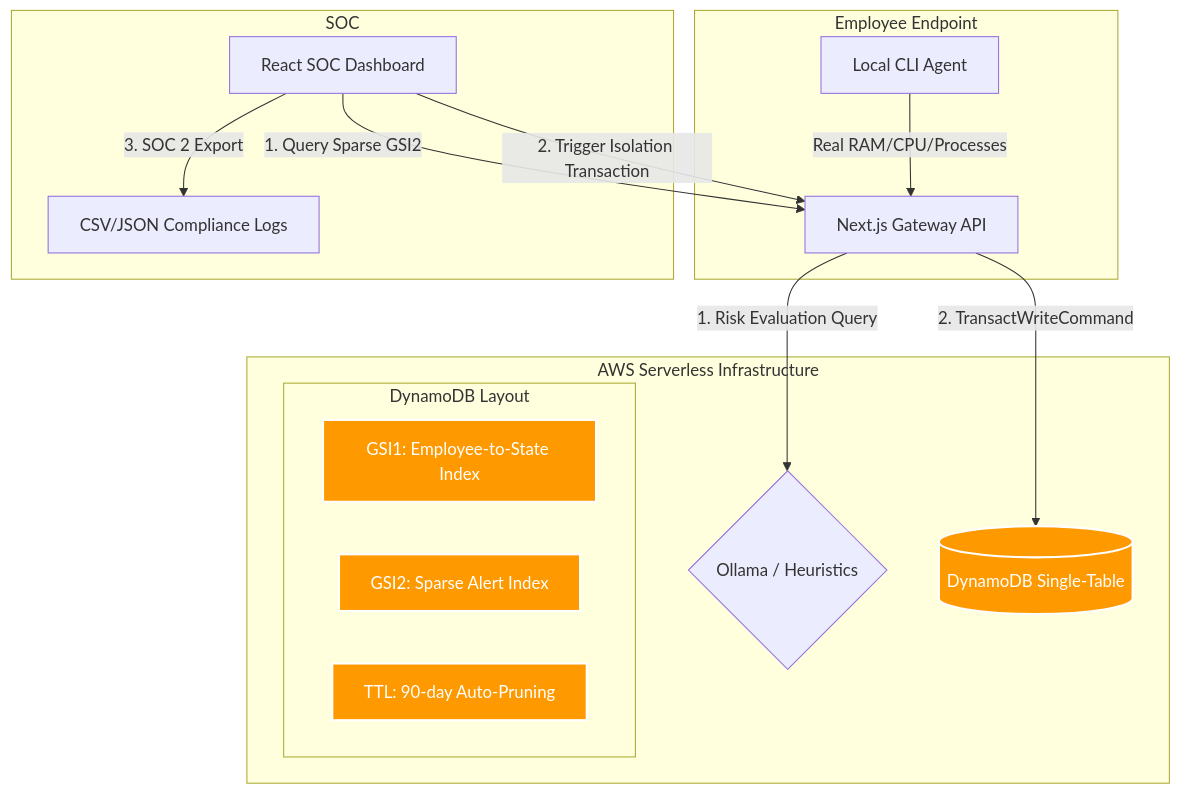
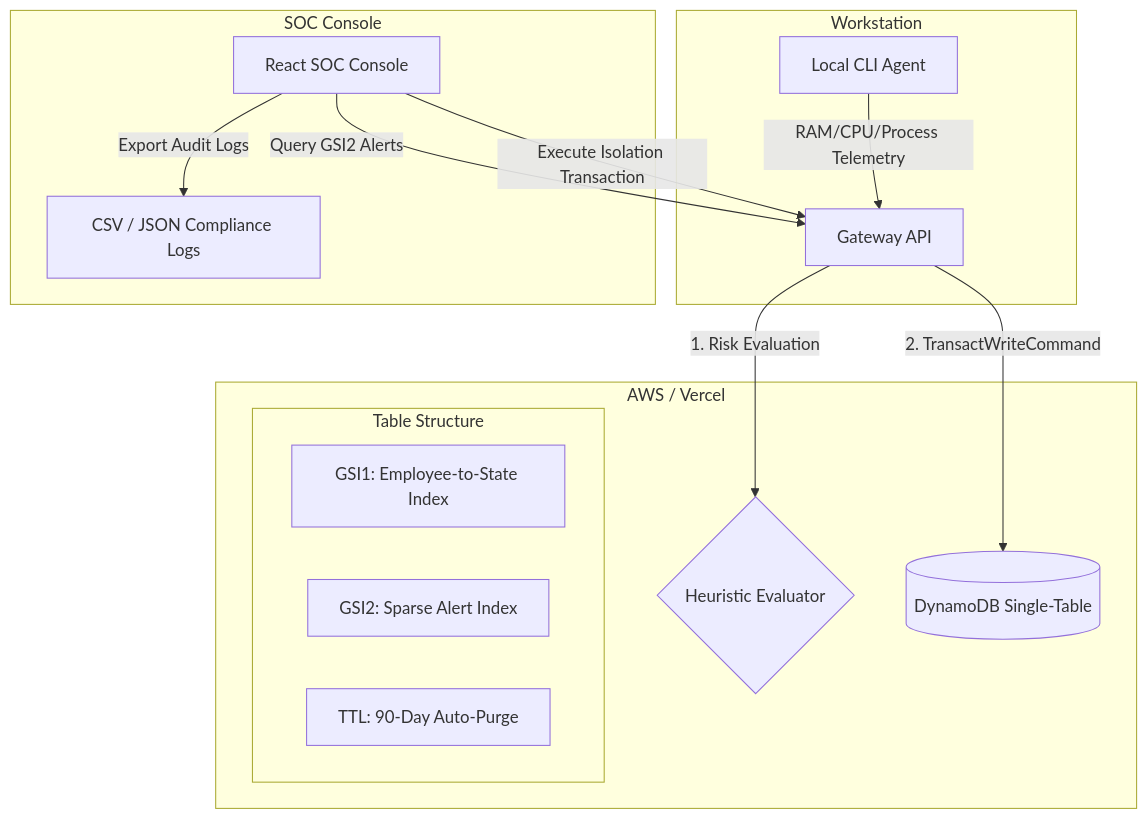
The diagram in README.md (HamzaKhanBUIC/LifecycleZero-Database-Level-Local-AI-Governance-Threat-Isolation), drawn with Mermaid before and after one commit. The commit also changed other lines of this file, not shown here.

Commit message:
docs: restructure README into single-table DynamoDB architecture specification

````diff
--- a/README.md
+++ b/README.md
@@ -20,26 +24,23 @@
 ```mermaid
 graph TD
-    subgraph Local Laptop [Employee Endpoint]
-        Agent[Local CLI Agent] -- Real RAM/CPU/Processes --> API[Next.js Gateway API]
+    subgraph Endpoint [Workstation]
+        Agent[Local CLI Agent] -->|RAM/CPU/Process Telemetry| API[Gateway API]
     end
 
-    subgraph AWS Serverless Infrastructure
-        API -- 1. Risk Evaluation Query --> LLM{Ollama / Heuristics}
-        API -- 2. TransactWriteCommand --> DynamoDB[(DynamoDB Single-Table)]
+    subgraph Serverless Backend [AWS / Vercel]
+        API -->|1. Risk Evaluation| Eval{Heuristic Evaluator}
+        API -->|2. TransactWriteCommand| DDB[(DynamoDB Single-Table)]
         
-        subgraph DynamoDB Layout
+        subgraph Table Structure
             GSI1[GSI1: Employee-to-State Index]
             GSI2[GSI2: Sparse Alert Index]
-            TTL[TTL: 90-day Auto-Pruning]
+            TTL[TTL: 90-Day Auto-Purge]
         end
     end
 
-    subgraph Security Operations Center [SOC]
-        Dashboard[React SOC Dashboard] -- 1. Query Sparse GSI2 --> API
-        Dashboard -- 2. Trigger Isolation Transaction --> API
-        Dashboard -- 3. SOC 2 Export --> CSV[CSV/JSON Compliance Logs]
+    subgraph Management [SOC Console]
+        Dashboard[React SOC Console] -->|Query GSI2 Alerts| API
+        Dashboard -->|Execute Isolation Transaction| API
+        Dashboard -->|Export Audit Logs| CSV[CSV / JSON Compliance Logs]
     end
-
-    classDef aws fill:#FF9900,stroke:#FFF,stroke-width:2px,color:#fff;
-    class DynamoDB,GSI1,GSI2,TTL aws;
 ```
````
